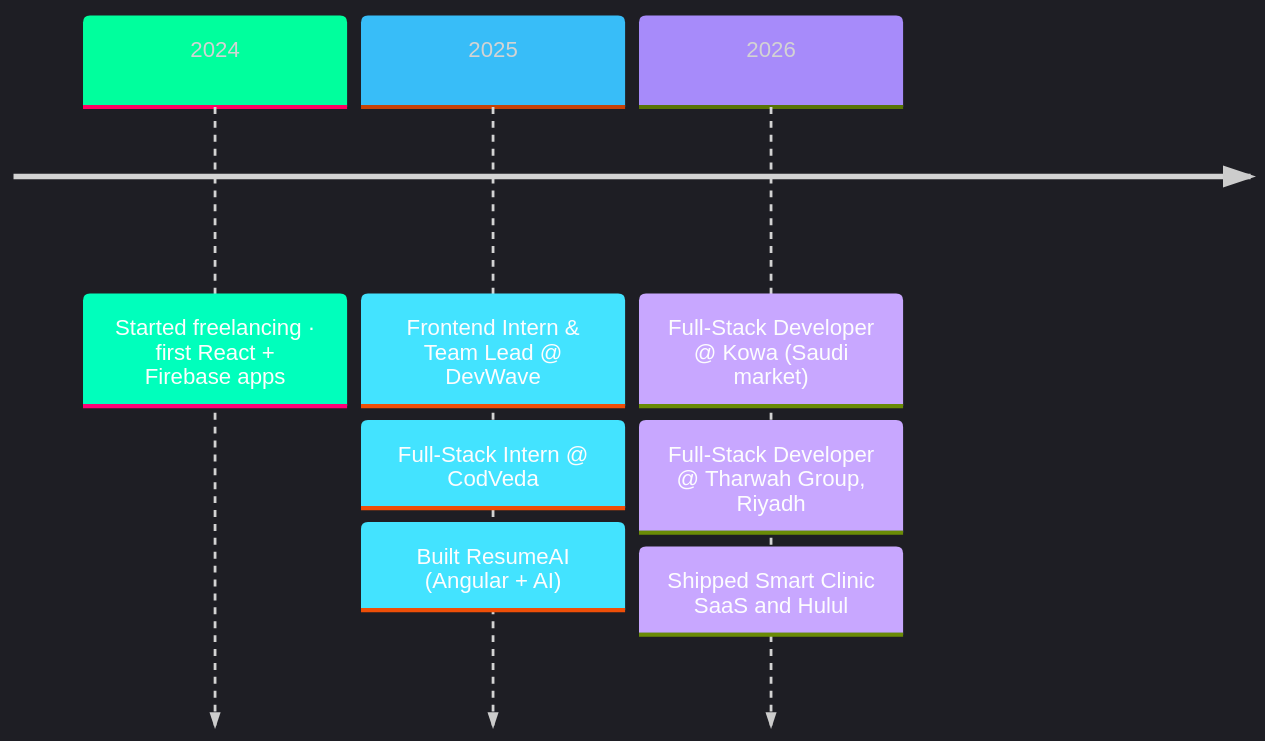
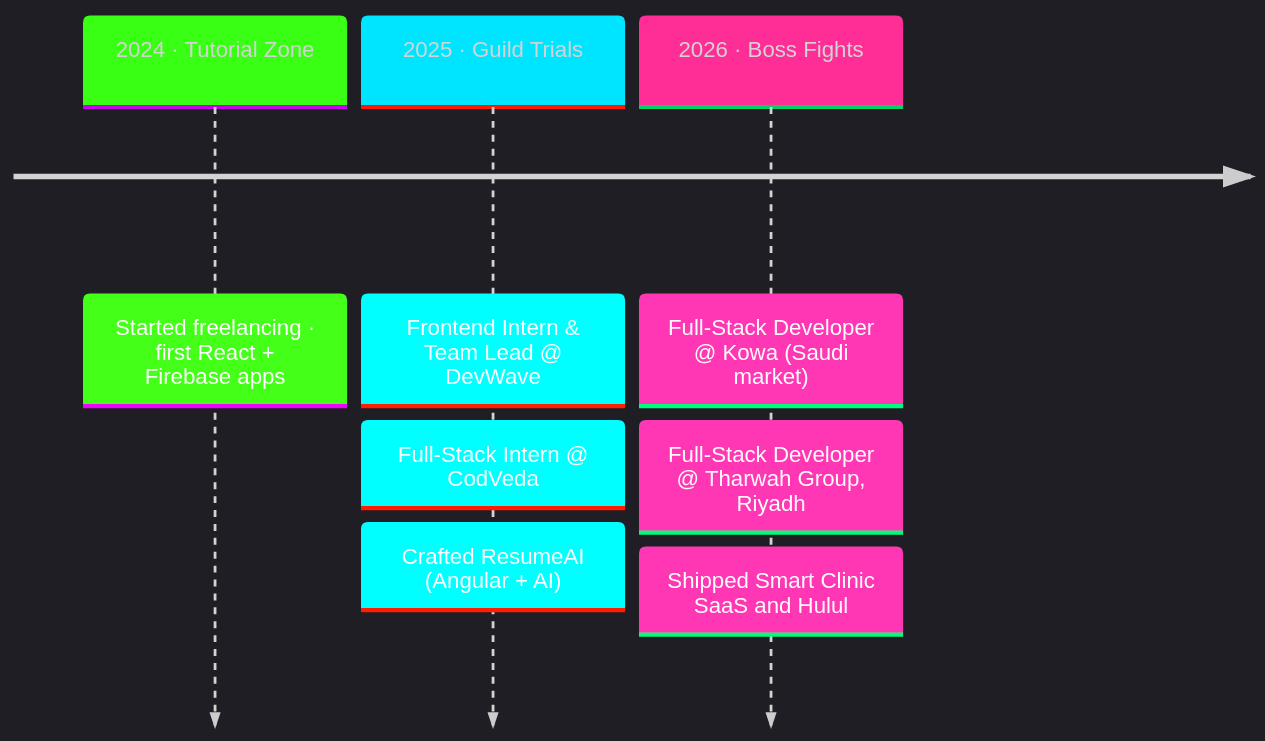
Before and after one commit to Medo6143/Medo6143: the diagram in README.md, drawn with Mermaid. The commit also changed other lines of this file and 7 other files, not shown here.

````diff
--- a/README.md
+++ b/README.md
@@ -134,11 +111,11 @@
 ```mermaid
-%%{init: {'theme':'dark','themeVariables':{'primaryColor':'#0b1020','primaryTextColor':'#e2e8f0','lineColor':'#38bdf8','cScale0':'#00ff9d','cScale1':'#38bdf8','cScale2':'#a78bfa'}}}%%
+%%{init: {'theme':'dark','themeVariables':{'primaryColor':'#0a0e1a','primaryTextColor':'#e2e8f0','lineColor':'#00e5ff','cScale0':'#39ff14','cScale1':'#00e5ff','cScale2':'#ff2e97'}}}%%
 timeline
-    2024 : Started freelancing · first React + Firebase apps
-    2025 : Frontend Intern & Team Lead @ DevWave
-         : Full-Stack Intern @ CodVeda
-         : Built ResumeAI (Angular + AI)
-    2026 : Full-Stack Developer @ Kowa (Saudi market)
-         : Full-Stack Developer @ Tharwah Group, Riyadh
-         : Shipped Smart Clinic SaaS and Hulul
+    2024 · Tutorial Zone : Started freelancing · first React + Firebase apps
+    2025 · Guild Trials : Frontend Intern & Team Lead @ DevWave
+                        : Full-Stack Intern @ CodVeda
+                        : Crafted ResumeAI (Angular + AI)
+    2026 · Boss Fights : Full-Stack Developer @ Kowa (Saudi market)
+                       : Full-Stack Developer @ Tharwah Group, Riyadh
+                       : Shipped Smart Clinic SaaS and Hulul
 ```
````
